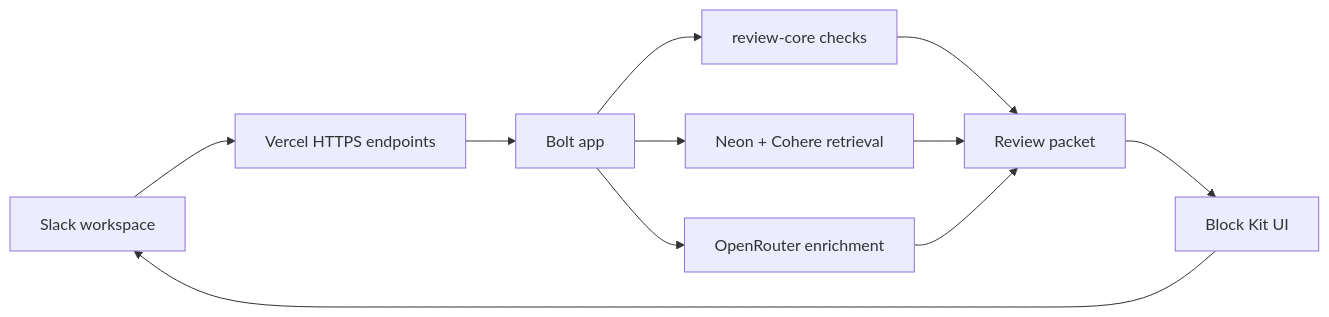
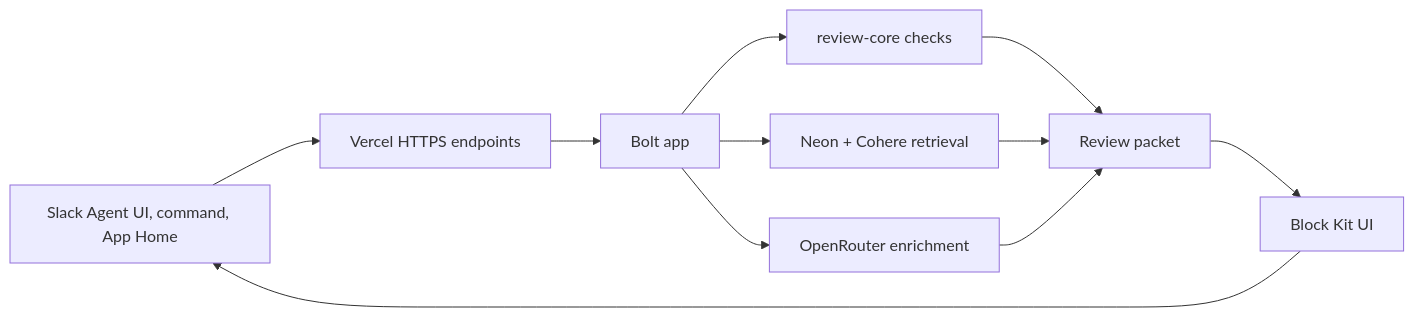
One commit to N-45div/SecureLore changed the second of 3 diagrams in README.md. Above: the diagram before and after it, drawn with Mermaid. The commit also changed other lines of this file and 1 other file, not shown here.

````diff
--- a/README.md
+++ b/README.md
@@ -40,13 +46,13 @@
 ```mermaid
 flowchart LR
-  Slack[Slack workspace] --> Vercel[Vercel HTTPS endpoints]
+  Slack[Slack Agent UI, command, App Home] --> Vercel[Vercel HTTPS endpoints]
   Vercel --> Bolt[Bolt app]
   Bolt --> Core[review-core checks]
   Bolt --> Memory[Neon + Cohere retrieval]
   Bolt --> LLM[OpenRouter enrichment]
   Core --> Packet[Review packet]
   Memory --> Packet
   LLM --> Packet
   Packet --> SlackUI[Block Kit UI]
   SlackUI --> Slack
 ```
````
